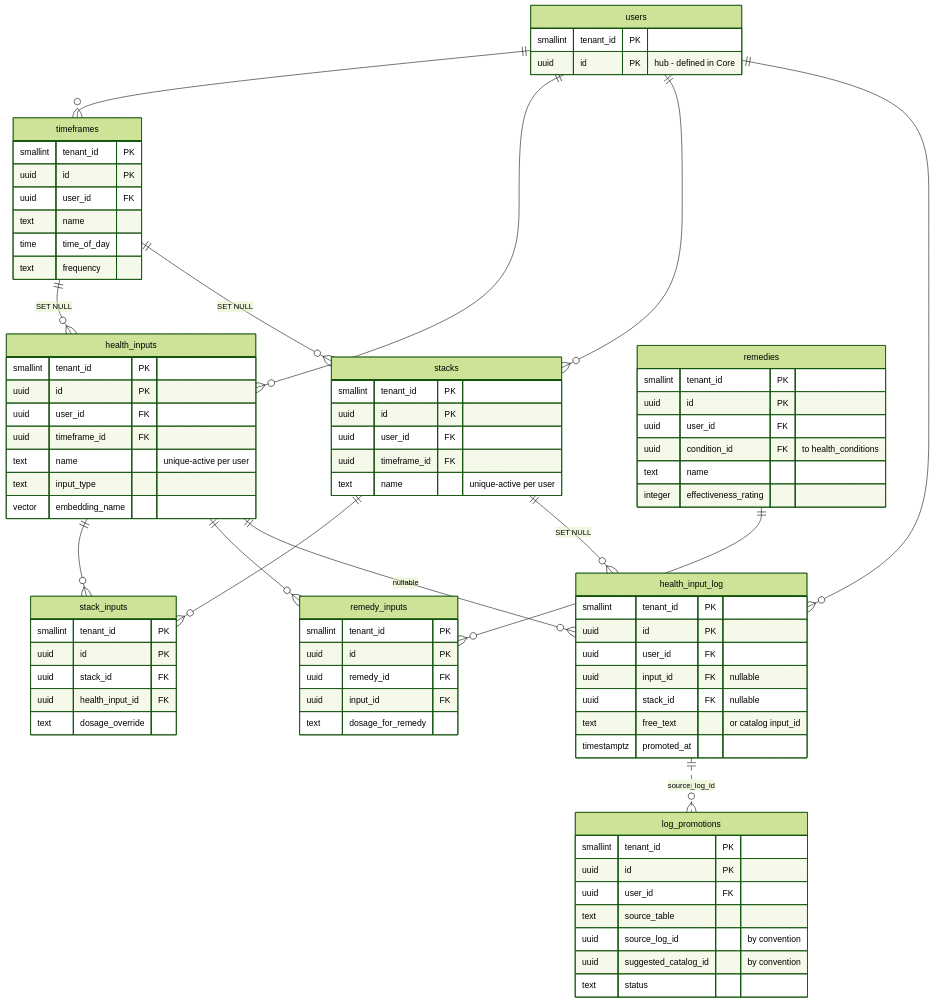
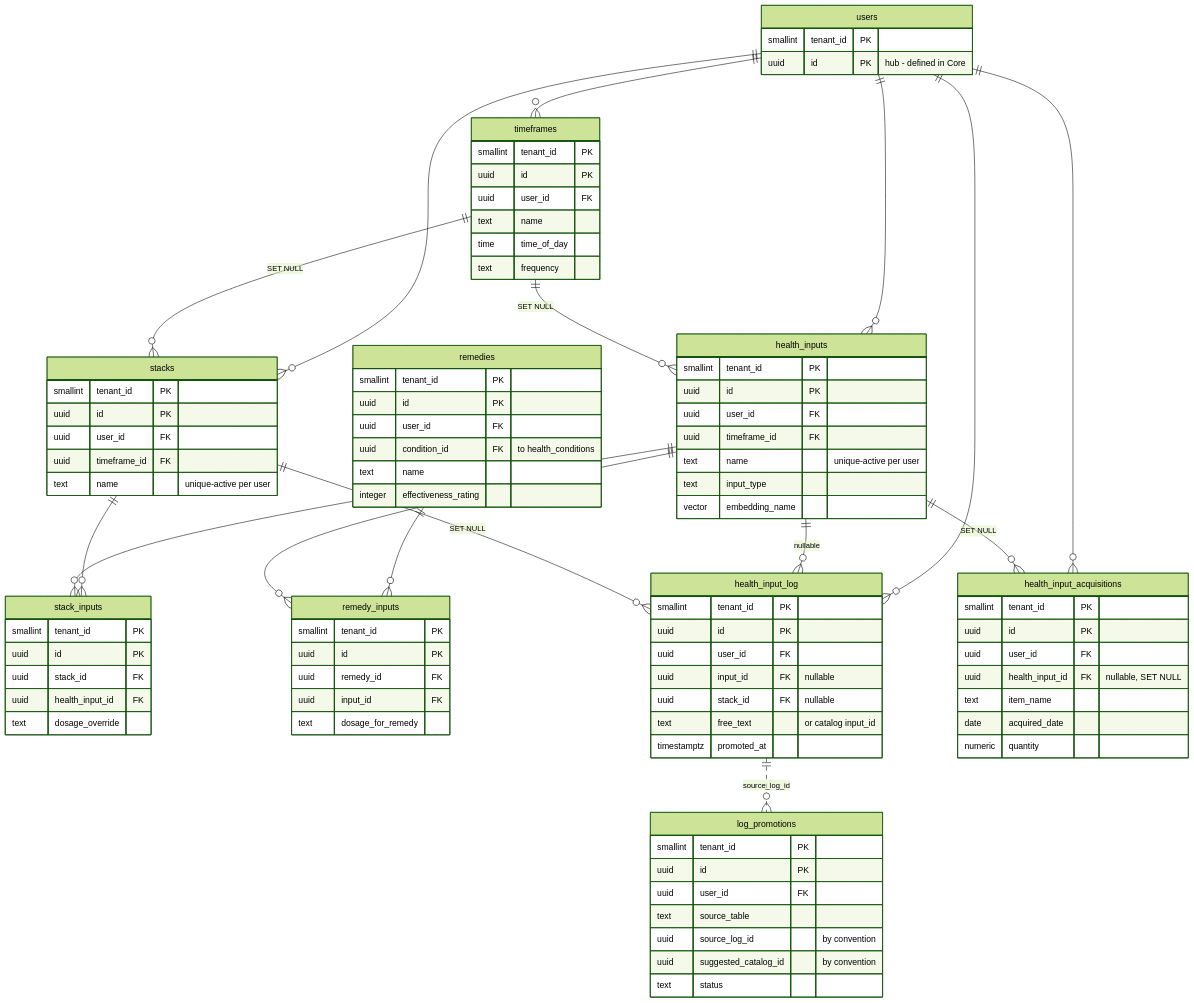
One commit to MinowaHealth/HomeEdition changed the third of 12 diagrams in DataModel3/HomeDatabaseERD.md. Above: the diagram before and after it, drawn with Mermaid (forest theme). The commit also changed other lines of this file and 6 other files, not shown here.

First line of the commit message:
Phase 6: schema 11.1.0-home marker, running-box apply script, docs

```diff
--- a/DataModel3/HomeDatabaseERD.md
+++ b/DataModel3/HomeDatabaseERD.md
@@ -205,10 +206,21 @@
         uuid suggested_catalog_id "by convention"
         text status
     }
+    health_input_acquisitions {
+        smallint tenant_id PK
+        uuid id PK
+        uuid user_id FK
+        uuid health_input_id FK "nullable, SET NULL"
+        text item_name
+        date acquired_date
+        numeric quantity
+    }
     users ||--o{ timeframes : ""
     users ||--o{ health_inputs : ""
     users ||--o{ stacks : ""
     users ||--o{ health_input_log : ""
+    users ||--o{ health_input_acquisitions : ""
+    health_inputs ||--o{ health_input_acquisitions : "SET NULL"
     timeframes ||--o{ health_inputs : "SET NULL"
     timeframes ||--o{ stacks : "SET NULL"
     stacks ||--o{ stack_inputs : ""
```
